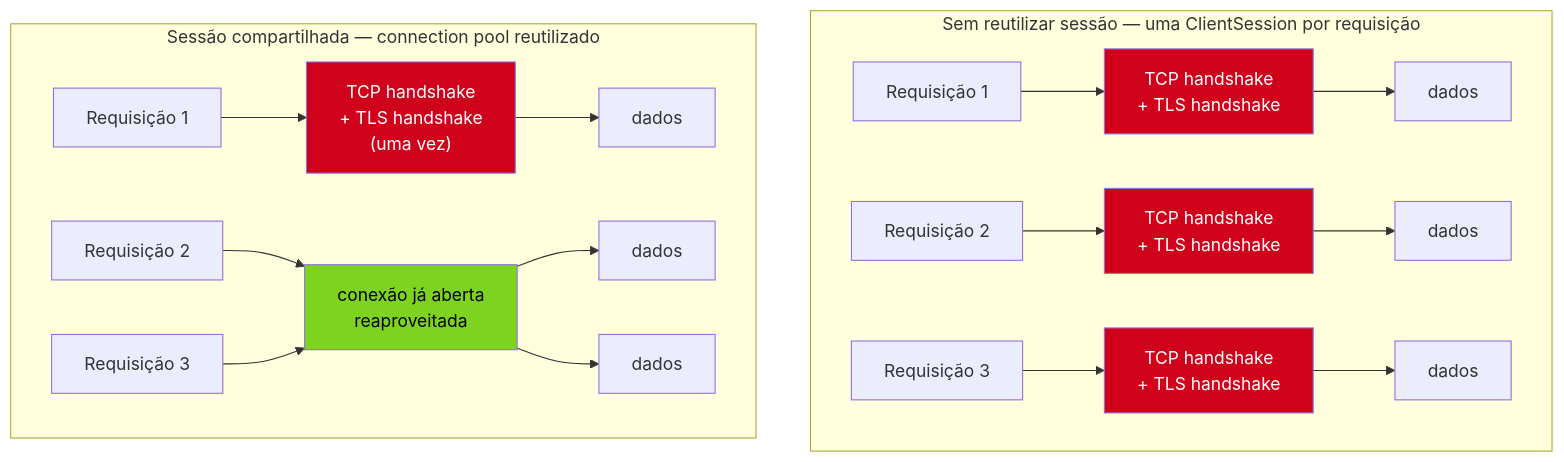
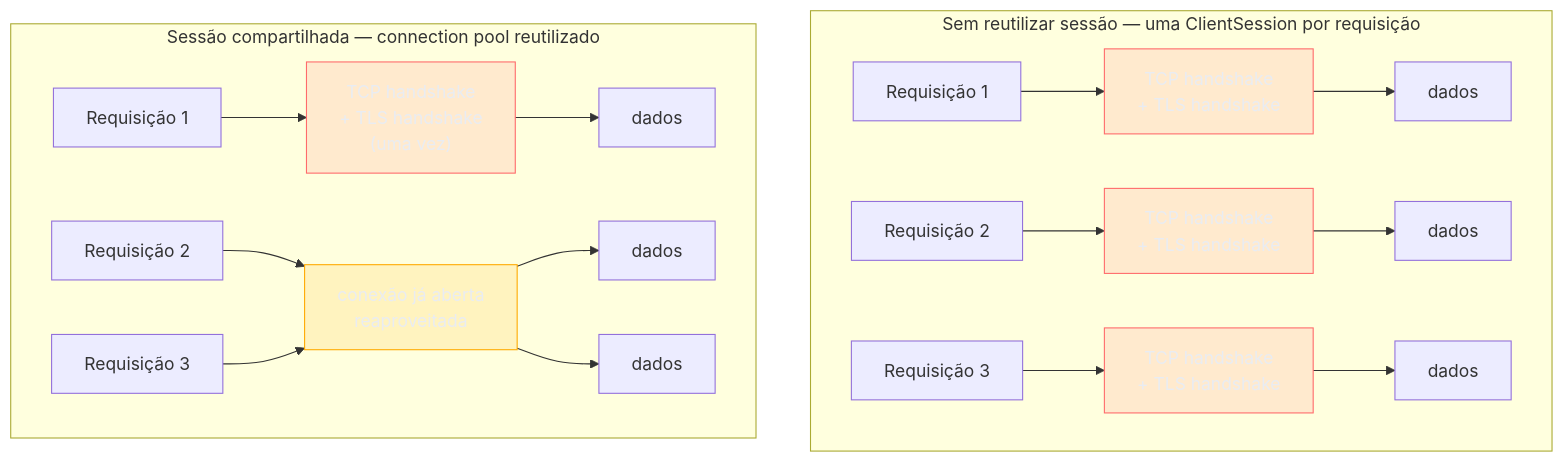
One commit to josenaldo/codex-technomanticus changed the first of 2 diagrams in 03-Dominios/Tecnologia/Python/Programação Reativa e Assíncrona/03 - aiohttp cliente — ClientSession, connection pooling e requisições concorrentes.md. Above: the diagram before and after it, drawn with Mermaid. The commit also changed 1181 other files, not shown here.

First line of the commit message:
fix(diagramas): paleta do sistema no lugar de cor cravada no markdown

````diff
--- a/03-Dominios/Tecnologia/Python/Programação Reativa e Assíncrona/03 - aiohttp cliente — ClientSession, connection pooling e requisições concorrentes.md
+++ b/03-Dominios/Tecnologia/Python/Programação Reativa e Assíncrona/03 - aiohttp cliente — ClientSession, connection pooling e requisições concorrentes.md
@@ -58,26 +58,28 @@
 ```mermaid
 flowchart TB
+    classDef falha fill:#FF6B6B24,stroke:#FF6B6B,color:#E9ECF2
+    classDef destaque fill:#FFAA0024,stroke:#FFAA00,color:#E9ECF2
     subgraph SemPool["Sem reutilizar sessão — uma ClientSession por requisição"]
         R1["Requisição 1"] --> H1["TCP handshake<br/>+ TLS handshake"]
         R2["Requisição 2"] --> H2["TCP handshake<br/>+ TLS handshake"]
         R3["Requisição 3"] --> H3["TCP handshake<br/>+ TLS handshake"]
         H1 --> D1["dados"]
         H2 --> D2["dados"]
         H3 --> D3["dados"]
     end
 
     subgraph ComPool["Sessão compartilhada — connection pool reutilizado"]
         RA["Requisição 1"] --> HA["TCP handshake<br/>+ TLS handshake<br/>(uma vez)"]
         HA --> DA["dados"]
         RB["Requisição 2"] --> Pool["conexão já aberta<br/>reaproveitada"]
         RC["Requisição 3"] --> Pool
         Pool --> DB["dados"]
         Pool --> DC["dados"]
     end
 
-    style H1 fill:#D0021B,color:#fff
-    style H2 fill:#D0021B,color:#fff
-    style H3 fill:#D0021B,color:#fff
-    style HA fill:#D0021B,color:#fff
-    style Pool fill:#7ED321,color:#000
+    class H1 falha
+    class H2 falha
+    class H3 falha
+    class HA falha
+    class Pool destaque
 ```
````
